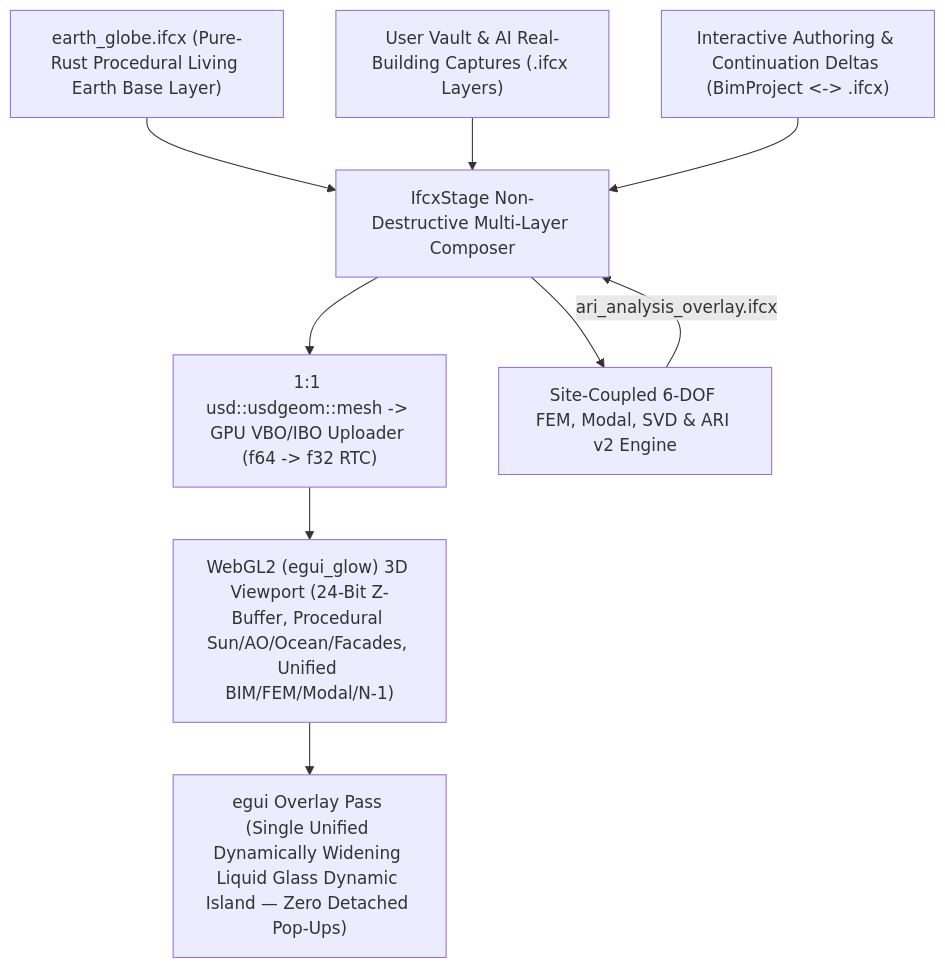
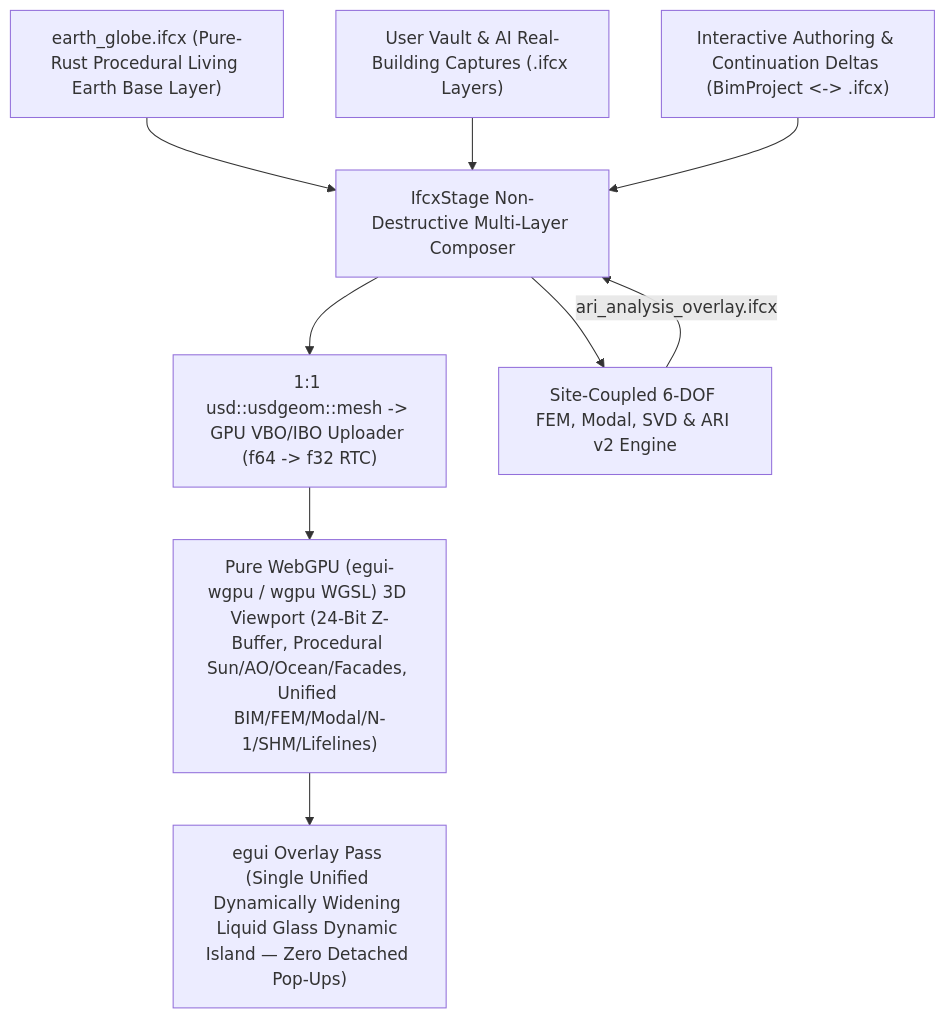
One commit to haridsirawan/EigenGraph changed the diagram in docs/IFCX Earth.md. Above: the diagram before and after it, drawn with Mermaid. The commit also changed other lines of this file and 22 other files, not shown here.

````diff
--- a/docs/IFCX Earth.md
+++ b/docs/IFCX Earth.md
@@ -91,13 +91,13 @@
 ```mermaid
 flowchart TD
     A["earth_globe.ifcx (Pure-Rust Procedural Living Earth Base Layer)"] --> D["IfcxStage Non-Destructive Multi-Layer Composer"]
     B["User Vault & AI Real-Building Captures (.ifcx Layers)"] --> D
     C["Interactive Authoring & Continuation Deltas (BimProject <-> .ifcx)"] --> D
 
     D --> E["1:1 usd::usdgeom::mesh -> GPU VBO/IBO Uploader (f64 -> f32 RTC)"]
     D --> F["Site-Coupled 6-DOF FEM, Modal, SVD & ARI v2 Engine"]
     F -->|"ari_analysis_overlay.ifcx"| D
 
-    E --> G["WebGL2 (egui_glow) 3D Viewport (24-Bit Z-Buffer, Procedural Sun/AO/Ocean/Facades, Unified BIM/FEM/Modal/N-1)"]
+    E --> G["Pure WebGPU (egui-wgpu / wgpu WGSL) 3D Viewport (24-Bit Z-Buffer, Procedural Sun/AO/Ocean/Facades, Unified BIM/FEM/Modal/N-1/SHM/Lifelines)"]
     G --> H["egui Overlay Pass (Single Unified Dynamically Widening Liquid Glass Dynamic Island — Zero Detached Pop-Ups)"]
 ```
````
